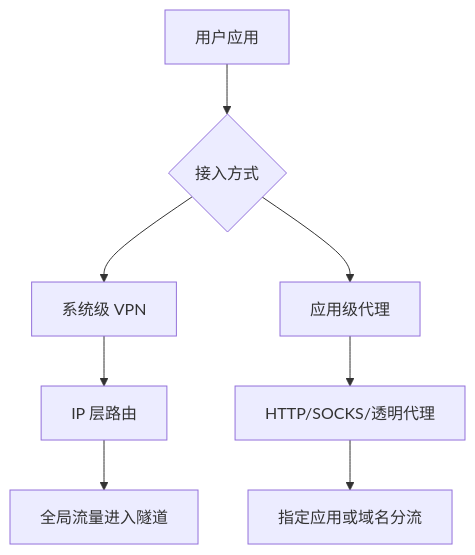
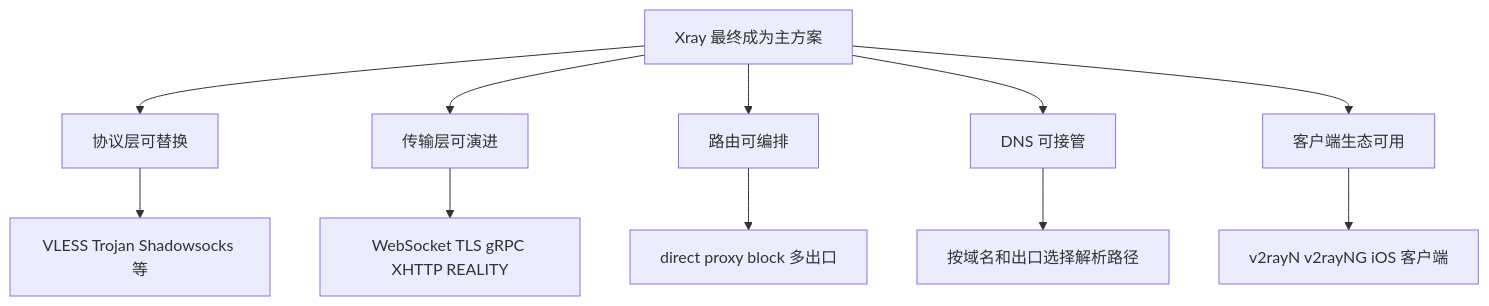
One commit to chcbz/chcbz.github.io changed the second of 10 diagrams in docs/article/2026/202608170000.md. Above: the diagram before and after it, drawn with Mermaid. The commit also changed other lines of this file, not shown here.

Commit message:
docs: restructure xray network evolution story

````diff
--- a/docs/article/2026/202608170000.md
+++ b/docs/article/2026/202608170000.md
@@ -34,10 +178,14 @@
 ```mermaid
 flowchart TB
-    A[用户应用] --> B{接入方式}
-    B --> C[系统级 VPN]
-    B --> D[应用级代理]
-    C --> E[IP 层路由]
-    D --> F[HTTP/SOCKS/透明代理]
-    E --> G[全局流量进入隧道]
-    F --> H[指定应用或域名分流]
+    A[Xray 最终成为主方案] --> B[协议层可替换]
+    A --> C[传输层可演进]
+    A --> D[路由可编排]
+    A --> E[DNS 可接管]
+    A --> F[客户端生态可用]
+
+    B --> B1[VLESS Trojan Shadowsocks 等]
+    C --> C1[WebSocket TLS gRPC XHTTP REALITY]
+    D --> D1[direct proxy block 多出口]
+    E --> E1[按域名和出口选择解析路径]
+    F --> F1[v2rayN v2rayNG iOS 客户端]
 ```
````
